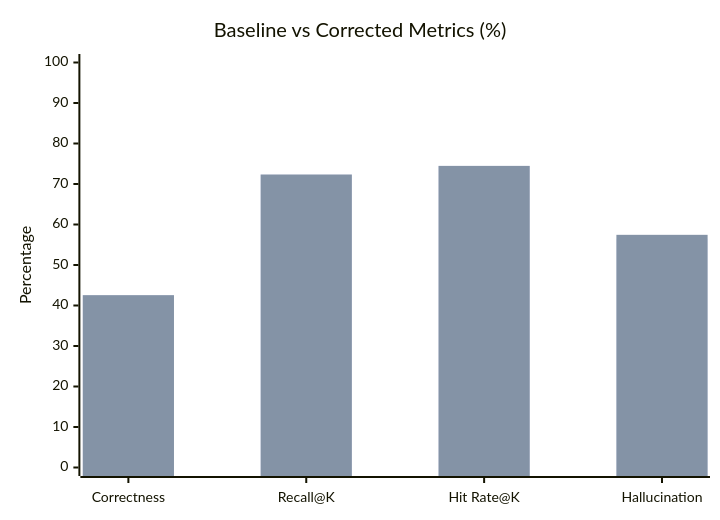
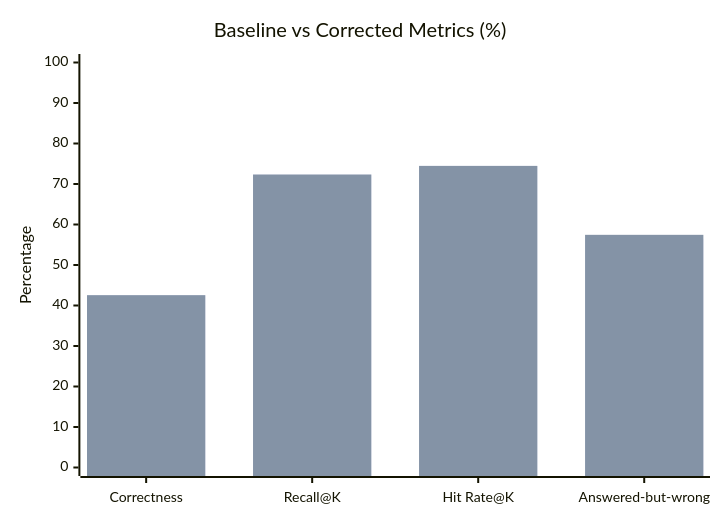
The second of 4 diagrams in README.md (ShivanshMaurya001/Agentic-Rag-observability), drawn with Mermaid before and after one commit. The commit also changed other lines of this file and 4 other files, not shown here.

````diff
--- a/README.md
+++ b/README.md
@@ -264,8 +264,8 @@
 ```mermaid
 xychart-beta
     title "Baseline vs Corrected Metrics (%)"
-    x-axis ["Correctness", "Recall@K", "Hit Rate@K", "Hallucination"]
+    x-axis ["Correctness", "Recall@K", "Hit Rate@K", "Answered-but-wrong"]
     y-axis "Percentage" 0 --> 100
     bar [42.55, 72.34, 74.47, 56.52]
     bar [42.55, 72.34, 74.47, 57.45]
 ```
````
